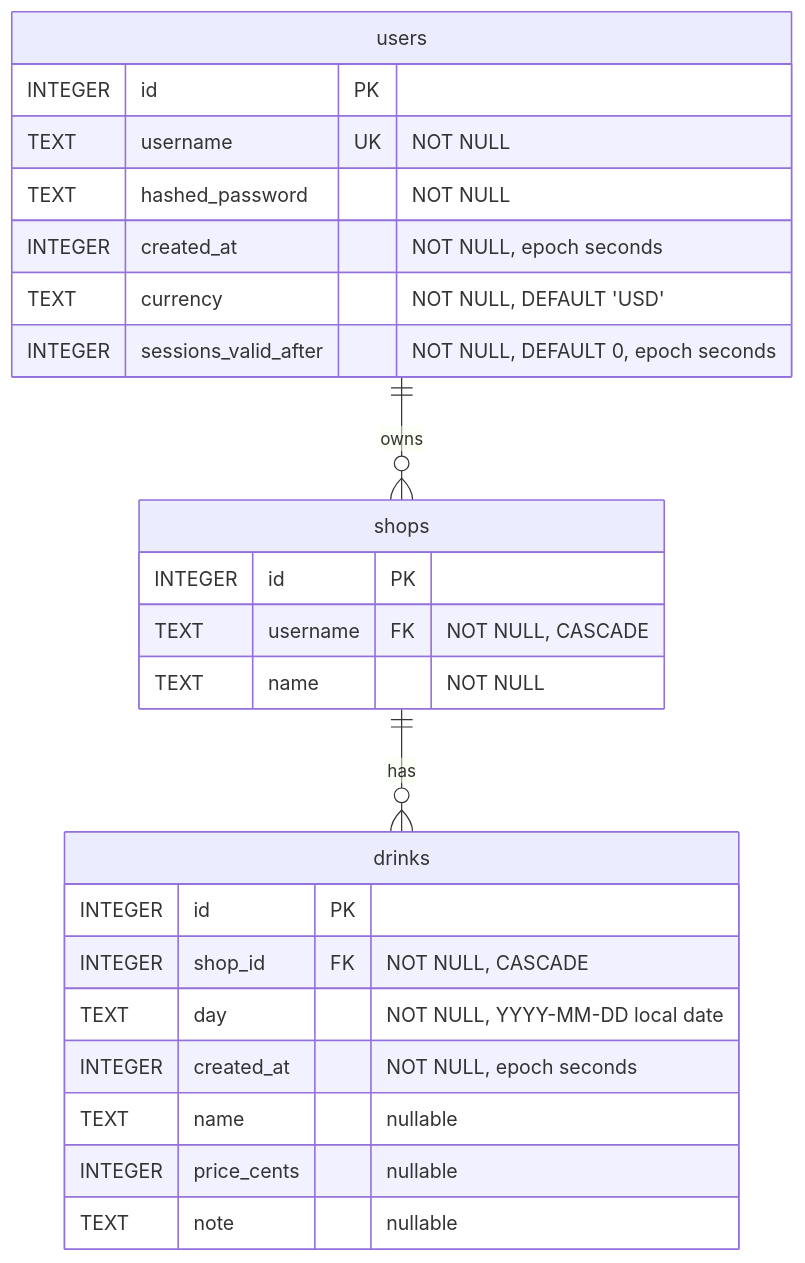
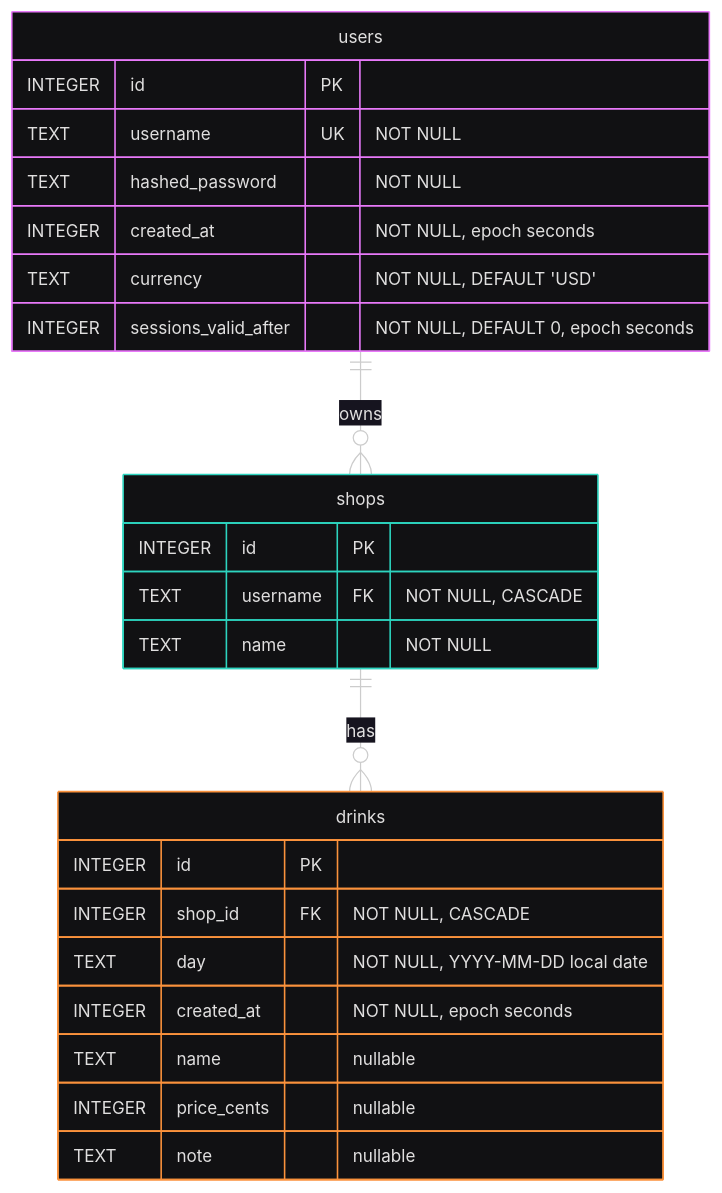
One commit to Tom-the-Bomb/boba-log changed the diagram in schema.mmd. Above: the diagram before and after it, drawn with Mermaid. The commit also changed 3 other files, not shown here.

Commit message:
update mermaid

```diff
--- a/schema.mmd
+++ b/schema.mmd
@@ -1,28 +1,32 @@
+---
+config:
+  theme: redux-dark-color
+---
 erDiagram
   users ||--o{ shops : "owns"
   shops ||--o{ drinks : "has"
 
   users {
     INTEGER id PK
     TEXT username UK "NOT NULL"
     TEXT hashed_password "NOT NULL"
     INTEGER created_at "NOT NULL, epoch seconds"
     TEXT currency "NOT NULL, DEFAULT 'USD'"
     INTEGER sessions_valid_after "NOT NULL, DEFAULT 0, epoch seconds"
   }
 
   shops {
     INTEGER id PK
     TEXT username FK "NOT NULL, CASCADE"
     TEXT name "NOT NULL"
   }
 
   drinks {
     INTEGER id PK
     INTEGER shop_id FK "NOT NULL, CASCADE"
     TEXT day "NOT NULL, YYYY-MM-DD local date"
     INTEGER created_at "NOT NULL, epoch seconds"
     TEXT name "nullable"
     INTEGER price_cents "nullable"
     TEXT note "nullable"
   }
```
